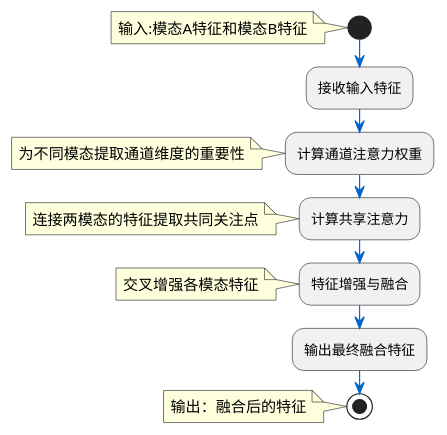
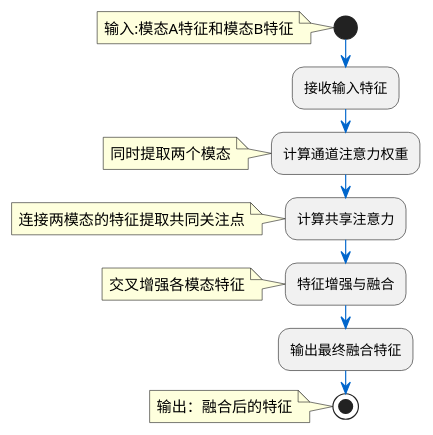
The diagram in doc/image/双向通道注意力/双向通道注意力流程图-简化版.puml (Mriris/HeteroCD-GOLD), drawn with PlantUML before and after one commit. The commit also changed 7 other files, not shown here.

Commit message:
流程图模块化

```diff
--- a/doc/image/双向通道注意力/双向通道注意力流程图-简化版.puml
+++ b/doc/image/双向通道注意力/双向通道注意力流程图-简化版.puml
@@ -1,24 +1,24 @@
 @startuml 双向通道注意力流程图-简化版
 skinparam backgroundColor white
 skinparam roundcorner 20
 skinparam ArrowColor #0066CC
 
 start
 note left: 输入:模态A特征和模态B特征
 
 :接收输入特征;
 
 :计算通道注意力权重;
-note left: 为不同模态提取通道维度的重要性
+note left: 同时提取两个模态
 
 :计算共享注意力;
 note left: 连接两模态的特征提取共同关注点
 
 :特征增强与融合;
 note left: 交叉增强各模态特征
 
 :输出最终融合特征;
 
 stop
 note left: 输出：融合后的特征
 @enduml 
```
